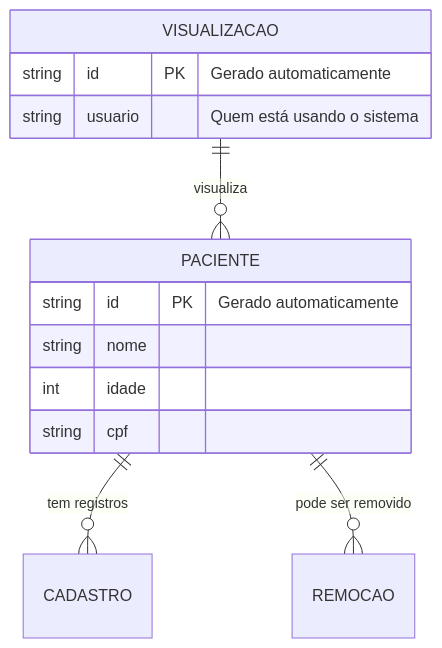
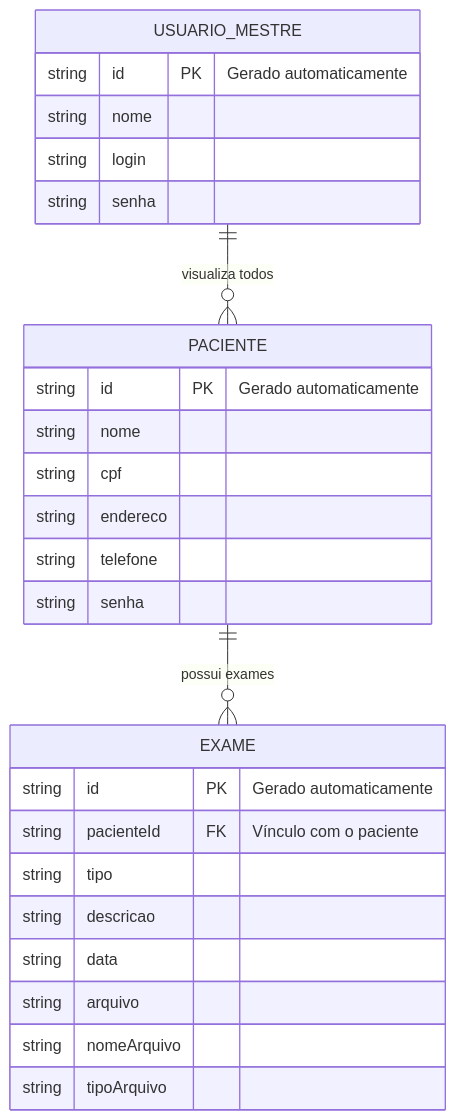
Before and after one commit to fehliperamos4/projeto-v1: the diagram in Docs/spec.md, drawn with Mermaid. The commit also changed other lines of this file, not shown here.

````diff
--- a/Docs/spec.md
+++ b/Docs/spec.md
@@ -9,20 +6,32 @@
 ```mermaid
 erDiagram
-PACIENTE ||--o{ CADASTRO : "tem registros"
-PACIENTE ||--o{ REMOCAO : "pode ser removido"
+PACIENTE ||--o{ EXAME : "possui exames"
 
 PACIENTE {
   string id PK "Gerado automaticamente"
   string nome
-  int idade
   string cpf
+  string endereco
+  string telefone
+  string senha
 }
 
-VISUALIZACAO ||--o{ PACIENTE : "visualiza"
-VISUALIZACAO {
+EXAME {
   string id PK "Gerado automaticamente"
-  string usuario "Quem está usando o sistema"
+  string pacienteId FK "Vínculo com o paciente"
+  string tipo
+  string descricao
+  string data
+  string arquivo
+  string nomeArquivo
+  string tipoArquivo
 }
 
-
+USUARIO_MESTRE ||--o{ PACIENTE : "visualiza todos"
+USUARIO_MESTRE {
+  string id PK "Gerado automaticamente"
+  string nome
+  string login
+  string senha
+}
 ```
````
